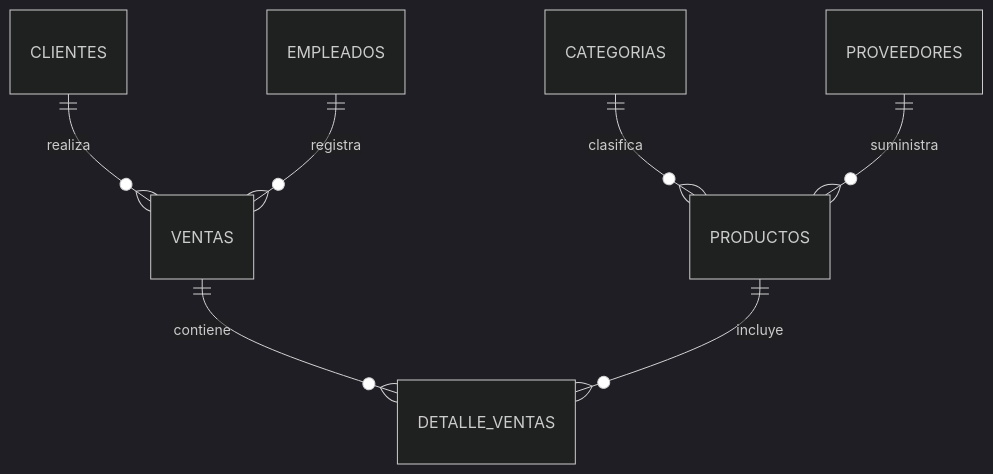
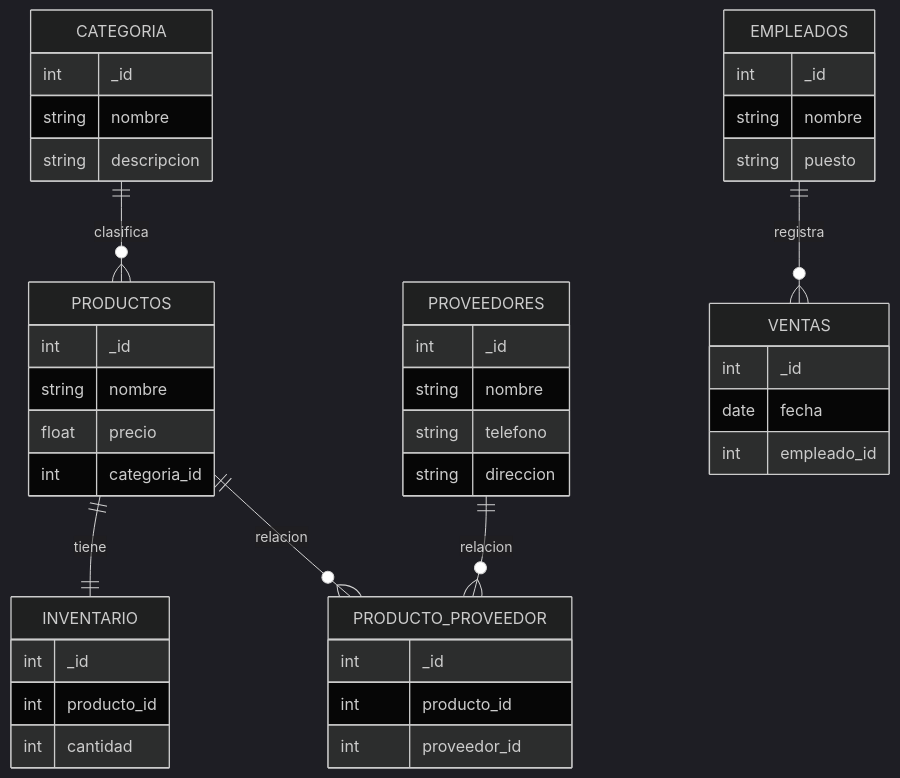
The diagram in README.md (dectorserranodaianam3s2-creator/Tiendavariada-), drawn with Mermaid (dark theme) before and after one commit. The commit also changed other lines of this file, not shown here.

````diff
--- a/README.md
+++ b/README.md
@@ -72,10 +53,53 @@
 ```mermaid
 erDiagram
 
-CLIENTES ||--o{ VENTAS : realiza
-VENTAS ||--o{ DETALLE_VENTAS : contiene
-PRODUCTOS ||--o{ DETALLE_VENTAS : incluye
-CATEGORIAS ||--o{ PRODUCTOS : clasifica
-PROVEEDORES ||--o{ PRODUCTOS : suministra
+CATEGORIA {
+int _id
+string nombre
+string descripcion
+}
+
+PRODUCTOS {
+int _id
+string nombre
+float precio
+int categoria_id
+}
+
+PROVEEDORES {
+int _id
+string nombre
+string telefono
+string direccion
+}
+
+PRODUCTO_PROVEEDOR {
+int _id
+int producto_id
+int proveedor_id
+}
+
+INVENTARIO {
+int _id
+int producto_id
+int cantidad
+}
+
+EMPLEADOS {
+int _id
+string nombre
+string puesto
+}
+
+VENTAS {
+int _id
+date fecha
+int empleado_id
+}
+
+CATEGORIA ||--o{ PRODUCTOS : clasifica
+PRODUCTOS ||--|| INVENTARIO : tiene
 EMPLEADOS ||--o{ VENTAS : registra
+PRODUCTOS ||--o{ PRODUCTO_PROVEEDOR : relacion
+PROVEEDORES ||--o{ PRODUCTO_PROVEEDOR : relacion
 ```
````
